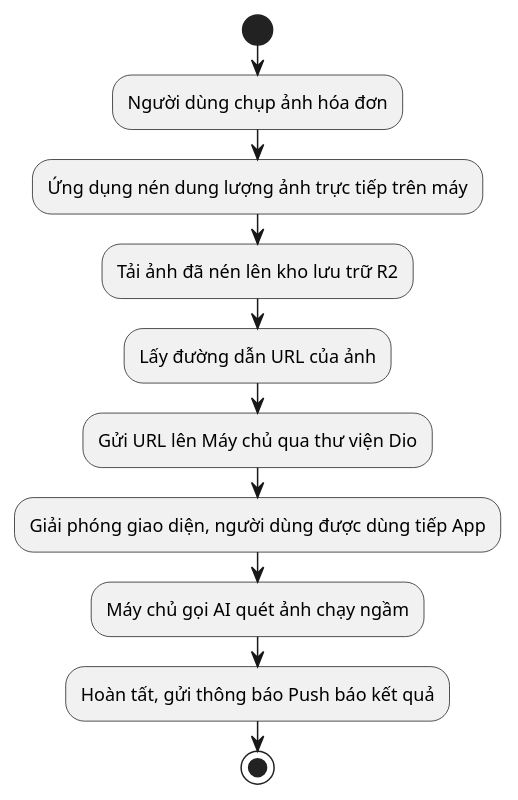
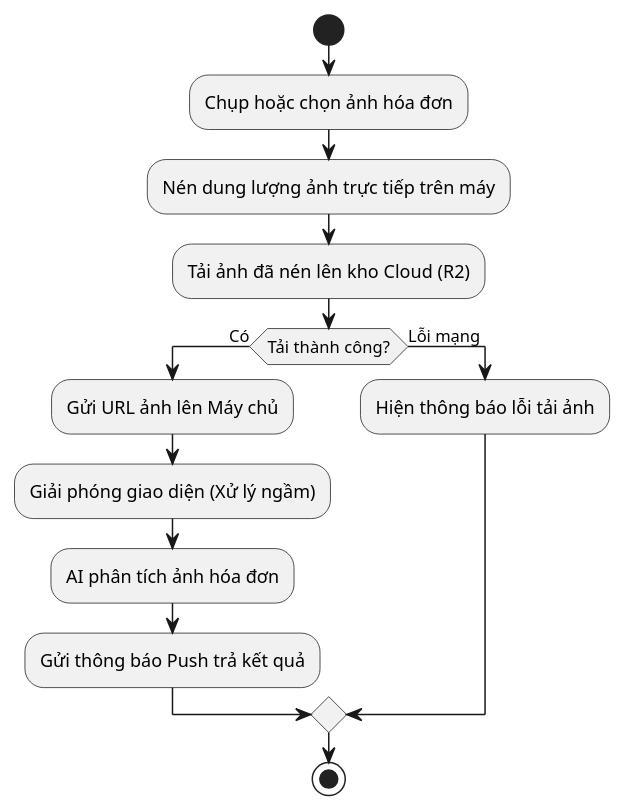
Before and after one commit to maikhang160504/spending-diary: the seventh of 28 diagrams in Luan_van_Hoan_chinh.md, drawn with PlantUML. The commit also changed other lines of this file and 72 other files, not shown here.

````diff
--- a/Luan_van_Hoan_chinh.md
+++ b/Luan_van_Hoan_chinh.md
@@ -781,14 +825,17 @@
 ```plantuml
 @startuml
 start
-:Người dùng chụp ảnh hóa đơn;
-:Ứng dụng nén dung lượng ảnh trực tiếp trên máy;
-:Tải ảnh đã nén lên kho lưu trữ R2;
-:Lấy đường dẫn URL của ảnh;
-:Gửi URL lên Máy chủ qua thư viện Dio;
-:Giải phóng giao diện, người dùng được dùng tiếp App;
-:Máy chủ gọi AI quét ảnh chạy ngầm;
-:Hoàn tất, gửi thông báo Push báo kết quả;
+:Chụp hoặc chọn ảnh hóa đơn;
+:Nén dung lượng ảnh trực tiếp trên máy;
+:Tải ảnh đã nén lên kho Cloud (R2);
+if (Tải thành công?) then (Có)
+  :Gửi URL ảnh lên Máy chủ;
+  :Giải phóng giao diện (Xử lý ngầm);
+  :AI phân tích ảnh hóa đơn;
+  :Gửi thông báo Push trả kết quả;
+else (Lỗi mạng)
+  :Hiện thông báo lỗi tải ảnh;
+endif
 stop
 @enduml
 ```
````
